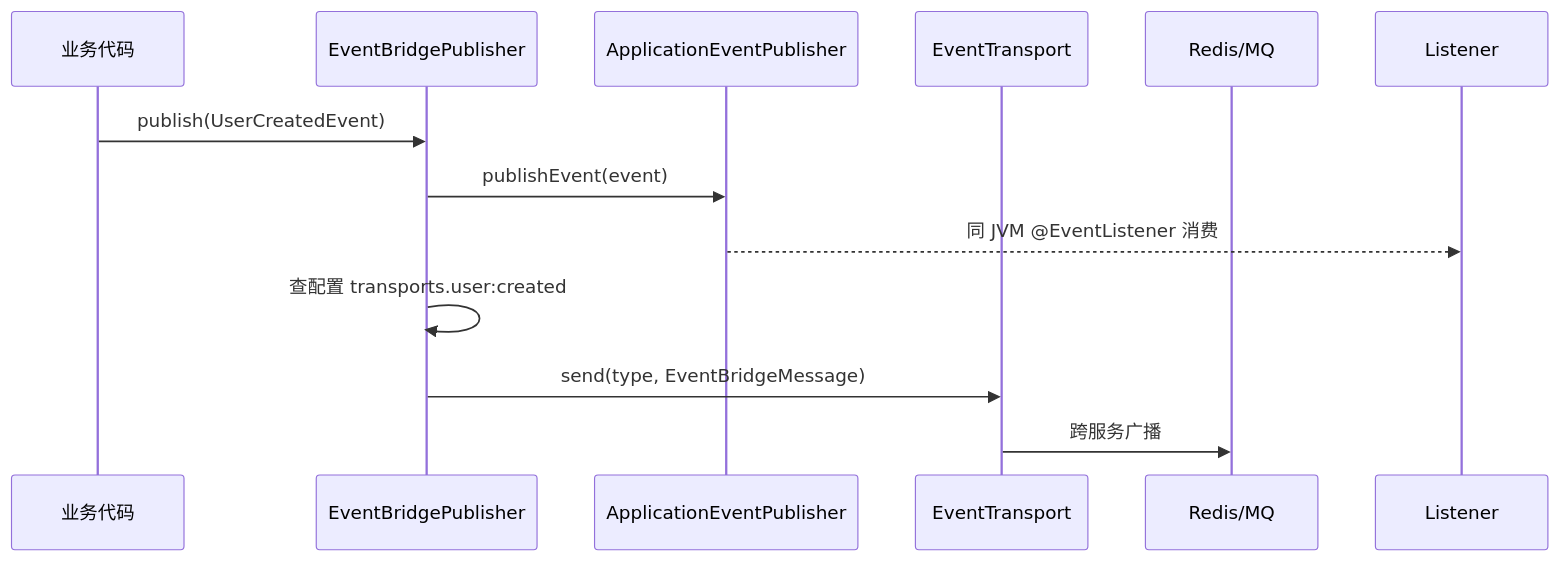
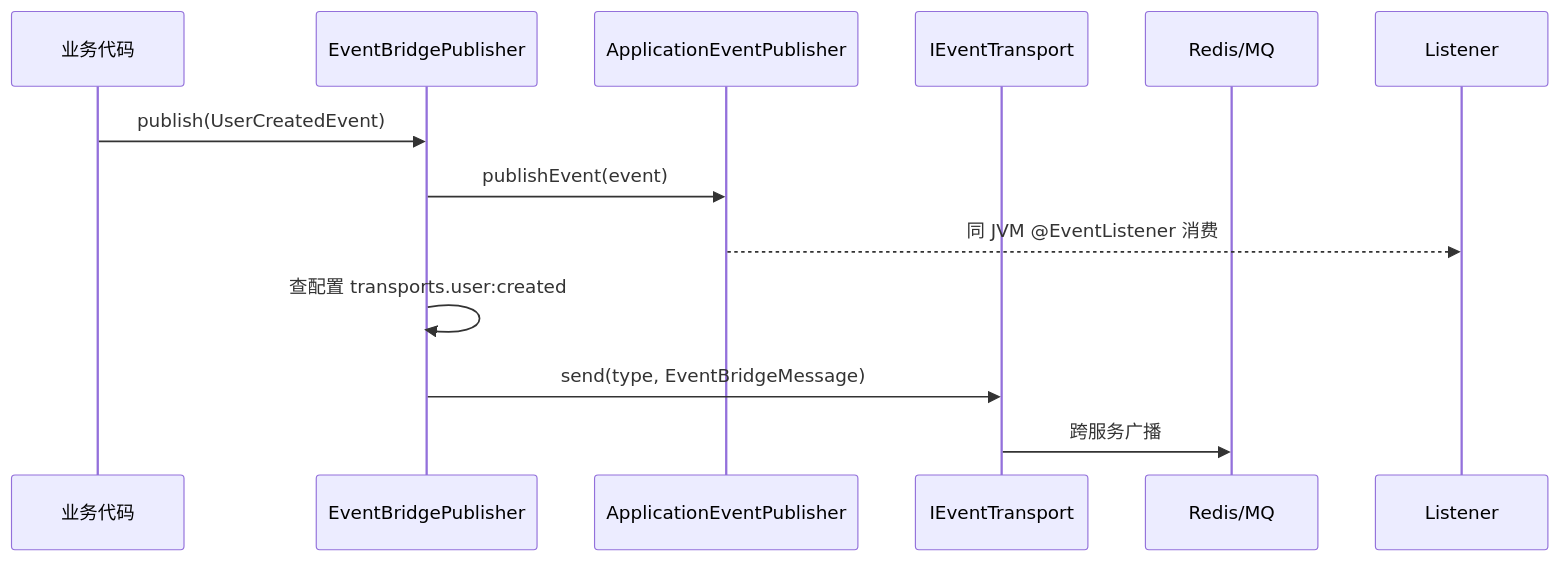
One commit to douhao4648/frame-me-parent changed the second of 6 diagrams in docs/guides/event-bridge.md. Above: the diagram before and after it, drawn with Mermaid. The commit also changed other lines of this file and 83 other files, not shown here.

````diff
--- a/docs/guides/event-bridge.md
+++ b/docs/guides/event-bridge.md
@@ -59,15 +61,15 @@
 ```mermaid
 sequenceDiagram
     participant Biz as 业务代码
     participant Pub as EventBridgePublisher
     participant Local as ApplicationEventPublisher
-    participant Transport as EventTransport
+    participant Transport as IEventTransport
     participant Channel as Redis/MQ
 
     Biz->>Pub: publish(UserCreatedEvent)
     Pub->>Local: publishEvent(event)
     Local-->>Listener: 同 JVM @EventListener 消费
     Pub->>Pub: 查配置 transports.user:created
     Pub->>Transport: send(type, EventBridgeMessage)
     Transport->>Channel: 跨服务广播
 ```
````
